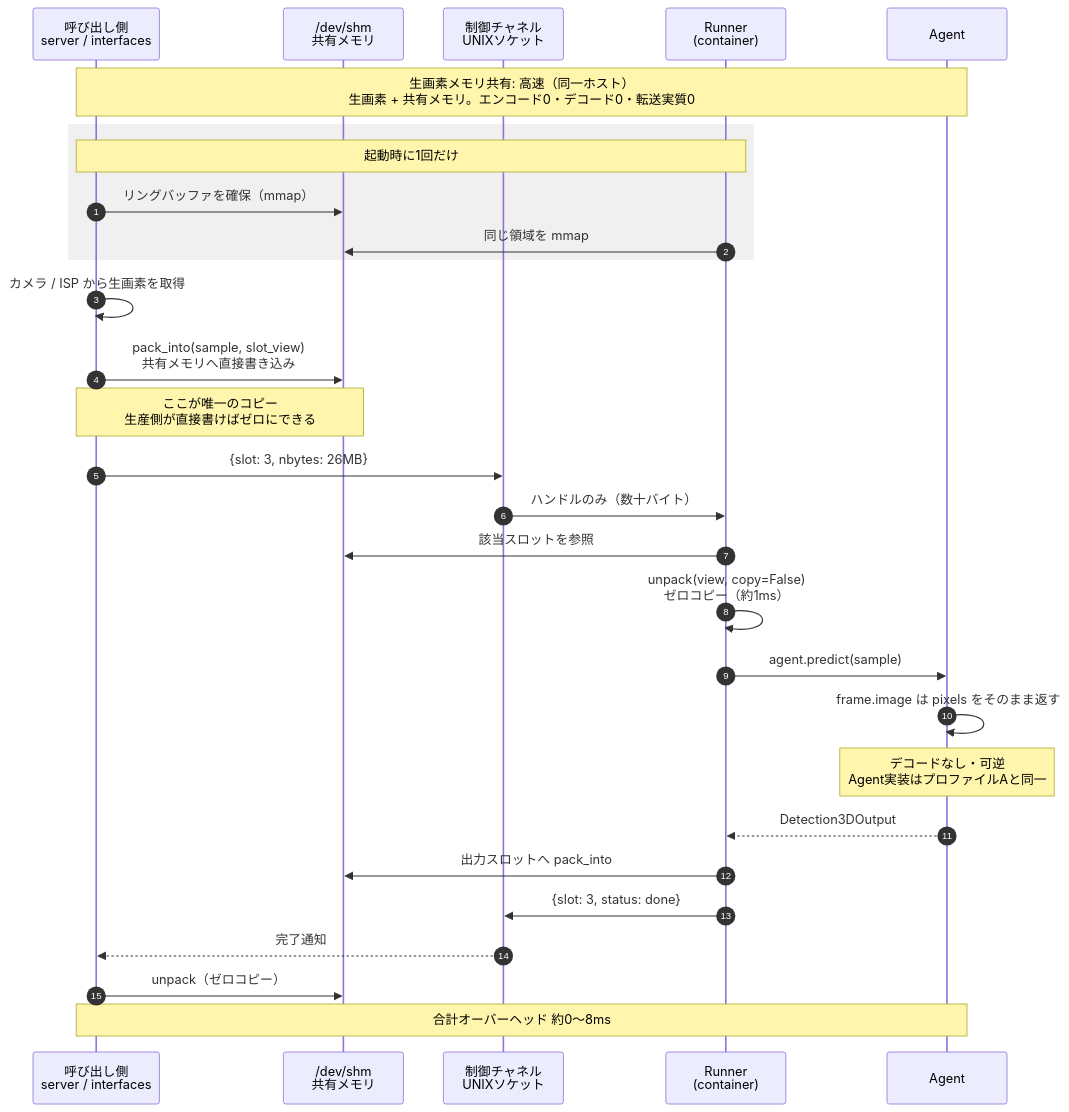
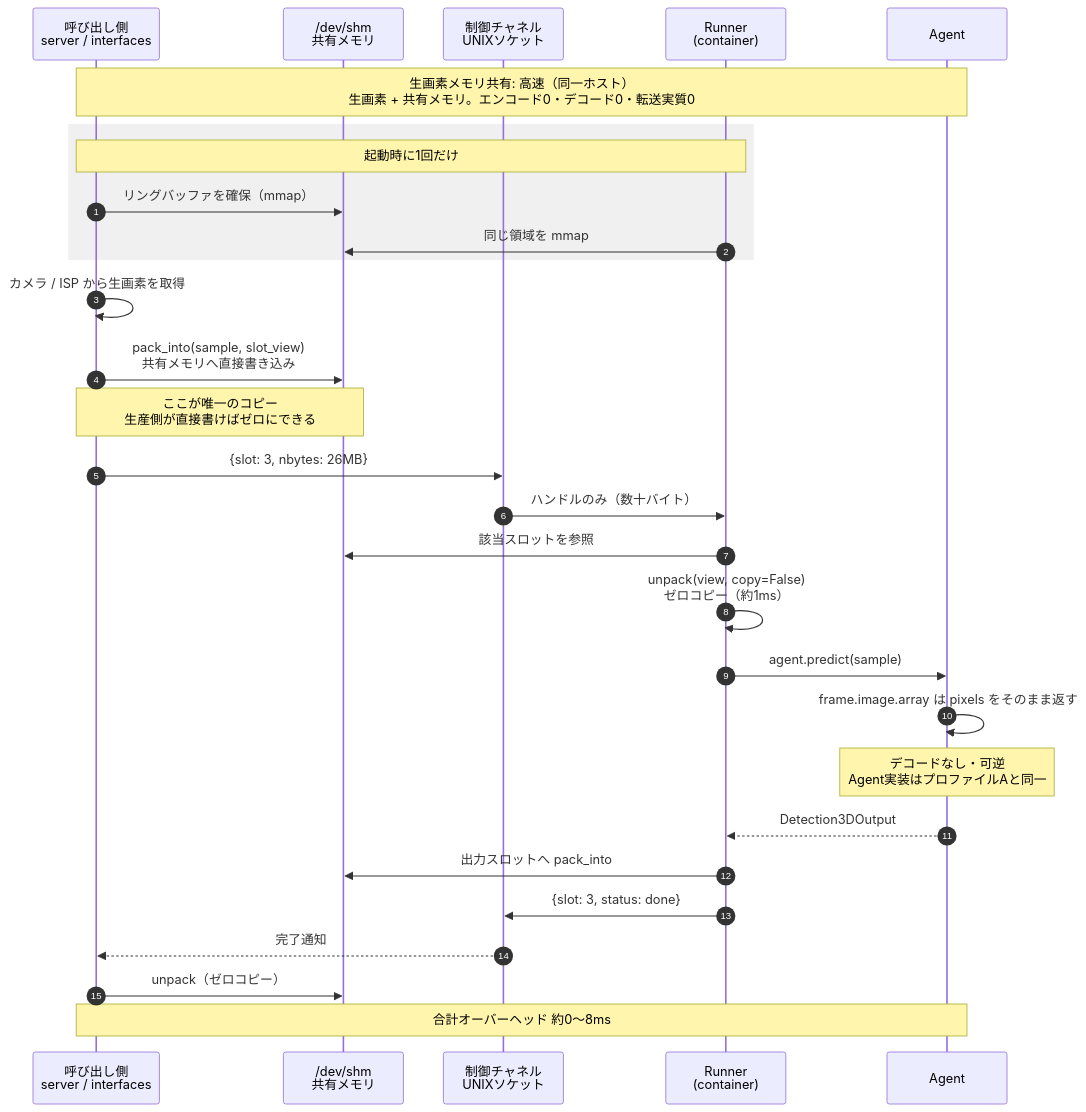
Before and after one commit to c60evaporator/jidohub-core: the second of 2 diagrams in docs/design/agent.md, drawn with Mermaid. The commit also changed other lines of this file and 15 other files, not shown here.

````diff
--- a/docs/design/agent.md
+++ b/docs/design/agent.md
@@ -52,35 +52,35 @@
 ```mermaid
 sequenceDiagram
     autonumber
     participant C as 呼び出し側<br/>server / interfaces
     participant M as /dev/shm<br/>共有メモリ
     participant N as 制御チャネル<br/>UNIXソケット
     participant R as Runner<br/>(container)
     participant A as Agent
 
     Note over C,A: 生画素メモリ共有: 高速（同一ホスト）<br/>生画素 + 共有メモリ。エンコード0・デコード0・転送実質0
 
     rect rgb(240, 240, 240)
         Note over C,R: 起動時に1回だけ
         C->>M: リングバッファを確保（mmap）
         R->>M: 同じ領域を mmap
     end
 
     C->>C: カメラ / ISP から生画素を取得
     C->>M: pack_into(sample, slot_view)<br/>共有メモリへ直接書き込み
     Note over C,M: ここが唯一のコピー<br/>生産側が直接書けばゼロにできる
     C->>N: {slot: 3, nbytes: 26MB}
     N->>R: ハンドルのみ（数十バイト）
     R->>M: 該当スロットを参照
     R->>R: unpack(view, copy=False)<br/>ゼロコピー（約1ms）
     R->>A: agent.predict(sample)
-    A->>A: frame.image は pixels をそのまま返す
+    A->>A: frame.image.array は pixels をそのまま返す
     Note over A: デコードなし・可逆<br/>Agent実装はプロファイルAと同一
     A-->>R: Detection3DOutput
     R->>M: 出力スロットへ pack_into
     R->>N: {slot: 3, status: done}
     N-->>C: 完了通知
     C->>M: unpack（ゼロコピー）
 
     Note over C,A: 合計オーバーヘッド 約0〜8ms
 ```
````
